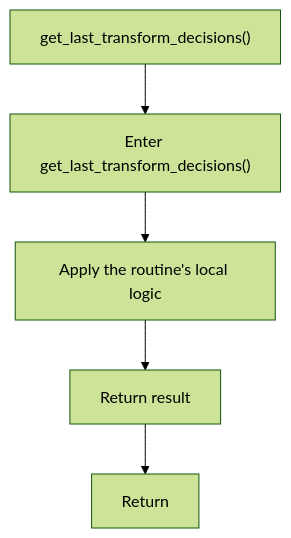
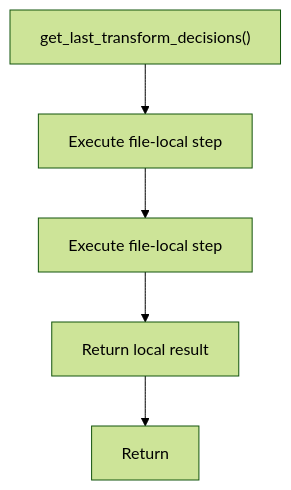
Before and after one commit to JohnAndrewBalbarosa/NeoTerritory: the third of 5 diagrams in docs/Codebase/Microservice/Modules/Source/Trees/Shared/code_generator.cpp.md, drawn with Mermaid (forest theme). The commit also changed other lines of this file and 915 other files, not shown here.

````diff
--- a/docs/Codebase/Microservice/Modules/Source/Trees/Shared/code_generator.cpp.md
+++ b/docs/Codebase/Microservice/Modules/Source/Trees/Shared/code_generator.cpp.md
@@ -91,12 +90,12 @@
 ```mermaid
 flowchart TD
     Start["get_last_transform_decisions()"]
-    N0["Enter get_last_transform_decisions()"]
-    N1["Apply the routine's local logic"]
-    N2["Return result"]
+    N0["Execute file-local step"]
+    N1["Execute file-local step"]
+    N2["Return local result"]
     End["Return"]
     Start --> N0
     N0 --> N1
     N1 --> N2
     N2 --> End
 ```
````
